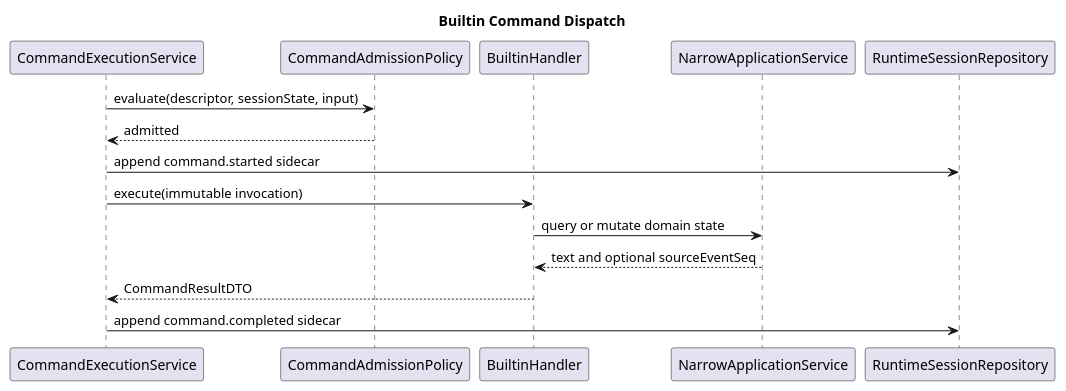
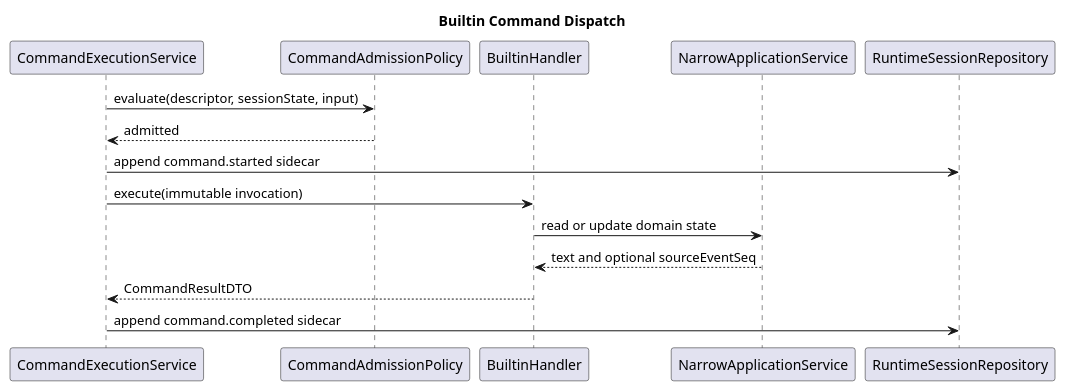
Before and after one commit to ssm0808/pi-mono-java-design: the first of 3 diagrams in 04-命令与技能/01-内置命令/设计图/diagram.puml, drawn with PlantUML. The commit also changed other lines of this file and 34 other files, not shown here.

```diff
--- a/04-命令与技能/01-内置命令/设计图/diagram.puml
+++ b/04-命令与技能/01-内置命令/设计图/diagram.puml
@@ -1,24 +1,24 @@
 @startuml builtin_dispatch
 title Builtin Command Dispatch
 skinparam shadowing false
 
 ' Source evidence: pi-mono-java@c1311f69 mate-campusclaw/src/main/java/com/huawei/hicampus/mate/matecampusclaw/codingagent/command/builtin/ModelCommand.java:16-36
 ' Source evidence: pi-mono-java@c1311f69 mate-campusclaw/src/main/java/com/huawei/hicampus/mate/matecampusclaw/codingagent/command/SlashCommandSession.java:19-32
 ' Observed behavior: handlers currently depend on one broad mutable session facade.
 ' Target design: every builtin handler depends on one narrow application service.
 
 participant CommandExecutionService as Execution
 participant CommandAdmissionPolicy as Admission
 participant BuiltinHandler as Handler
 participant NarrowApplicationService as Service
 participant RuntimeSessionRepository as Repository
 
 Execution -> Admission : evaluate(descriptor, sessionState, input)
 Admission --> Execution : admitted
 Execution -> Repository : append command.started sidecar
 Execution -> Handler : execute(immutable invocation)
-Handler -> Service : query or mutate domain state
+Handler -> Service : read or update domain state
 Service --> Handler : text and optional sourceEventSeq
 Handler --> Execution : CommandResultDTO
 Execution -> Repository : append command.completed sidecar
 @enduml
```
